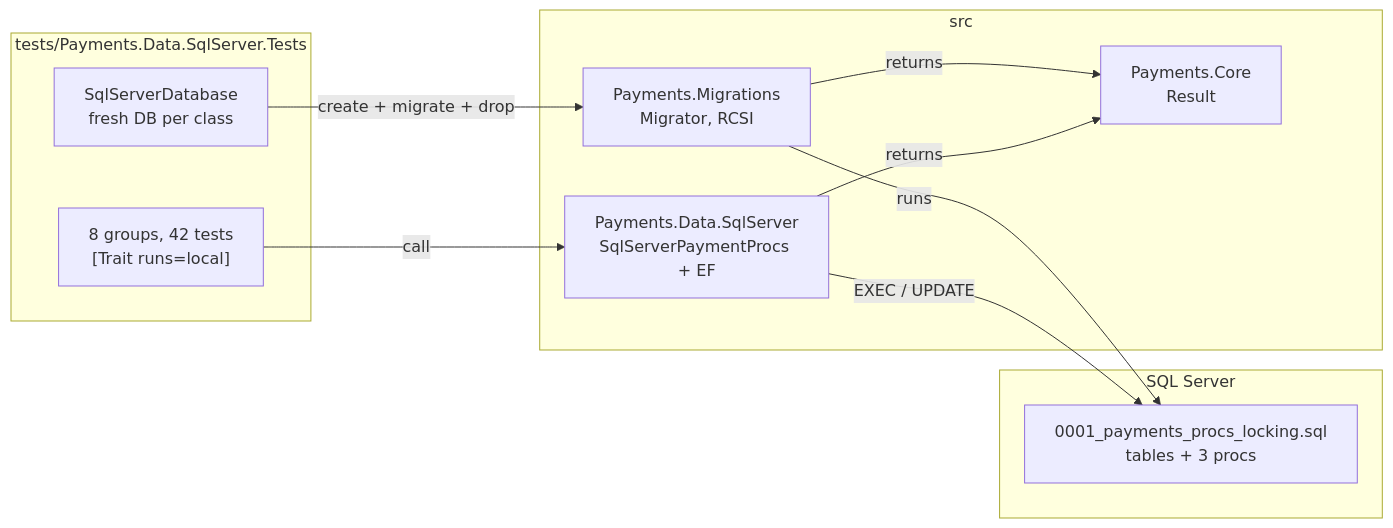
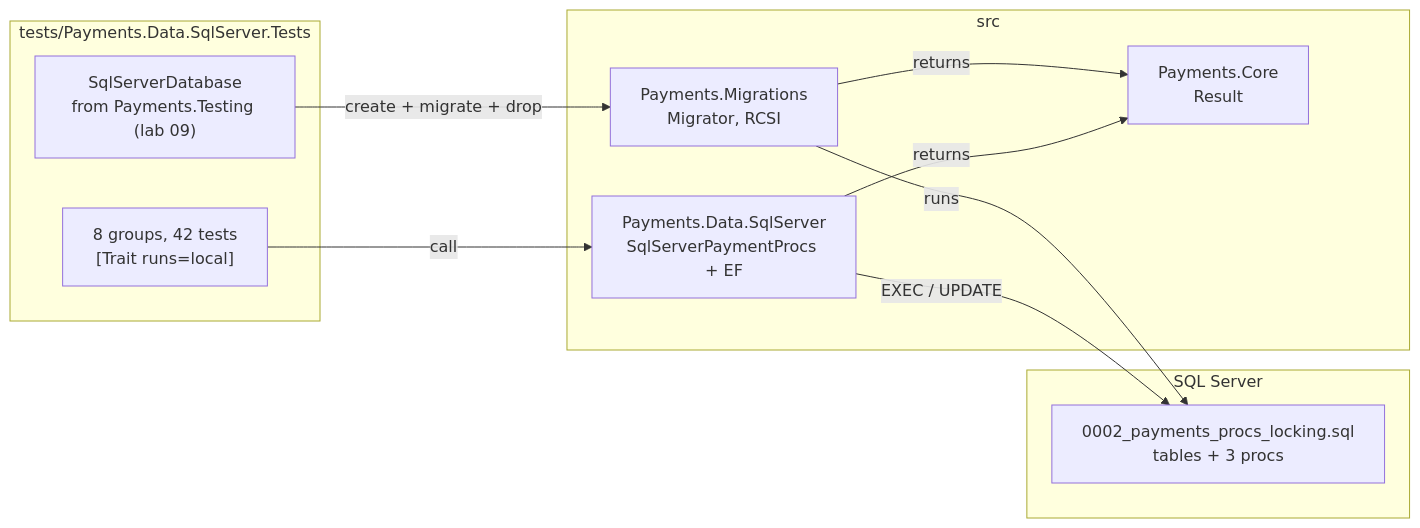
Before and after one commit to BaiGanio/agent-ready-payments: the diagram in labs/04-sqlserver-procs-locking/WORKBENCH.md, drawn with Mermaid. The commit also changed other lines of this file and 14 other files, not shown here.

````diff
--- a/labs/04-sqlserver-procs-locking/WORKBENCH.md
+++ b/labs/04-sqlserver-procs-locking/WORKBENCH.md
@@ -19,21 +25,21 @@
 ```mermaid
 flowchart LR
     subgraph tests["tests/Payments.Data.SqlServer.Tests"]
-        FX["SqlServerDatabase<br/>fresh DB per class"]
+        FX["SqlServerDatabase<br/>from Payments.Testing (lab 09)"]
         T["8 groups, 42 tests<br/>[Trait runs=local]"]
     end
     subgraph src["src"]
         CORE["Payments.Core<br/>Result"]
         MIG["Payments.Migrations<br/>Migrator, RCSI"]
         PROCS["Payments.Data.SqlServer<br/>SqlServerPaymentProcs + EF"]
     end
     subgraph db["SQL Server"]
-        SQL["0001_payments_procs_locking.sql<br/>tables + 3 procs"]
+        SQL["0002_payments_procs_locking.sql<br/>tables + 3 procs"]
     end
     FX -->|"create + migrate + drop"| MIG
     MIG -->|"runs"| SQL
     MIG -->|"returns"| CORE
     T -->|"call"| PROCS
     PROCS -->|"EXEC / UPDATE"| SQL
     PROCS -->|"returns"| CORE
 ```
````
